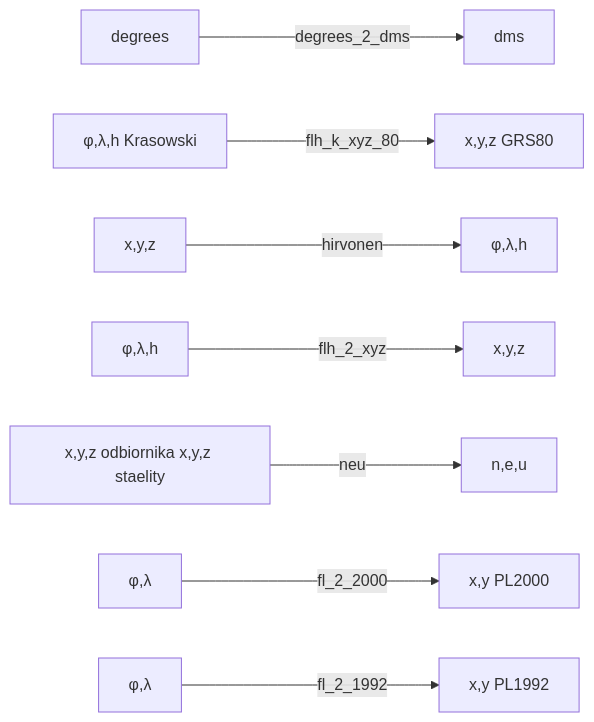
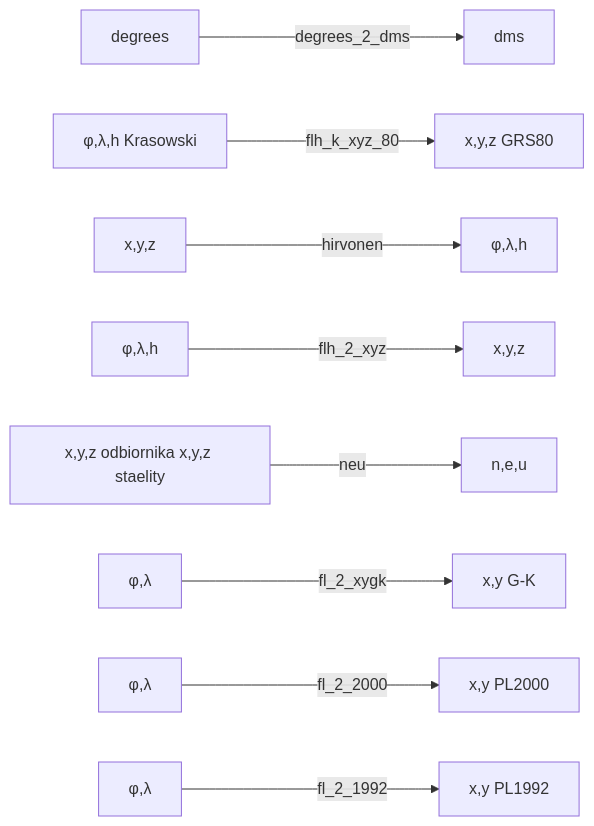
The diagram in README.md (Votum1103/ProjektTransformacje), drawn with Mermaid before and after one commit. The commit also changed other lines of this file, not shown here.

Commit message:
Dodano opis funkcji fl_2_xygk

````diff
--- a/README.md
+++ b/README.md
@@ -12,10 +12,11 @@
 ```mermaid
 graph LR
 A[degrees] -->|degrees_2_dms| B[dms]
 C[φ,λ,h Krasowski] -->|flh_k_xyz_80| D[x,y,z GRS80]
-G[x,y,z] -->|hirvonen| H[φ,λ,h]
-I[φ,λ,h] -->|flh_2_xyz| J[x,y,z]
-K[x,y,z odbiornika x,y,z staelity] -->|neu| L[n,e,u]
+E[x,y,z] -->|hirvonen| F[φ,λ,h]
+G[φ,λ,h] -->|flh_2_xyz| H[x,y,z]
+I[x,y,z odbiornika x,y,z staelity] -->|neu| J[n,e,u]
+K[φ,λ] -->|fl_2_xygk| L[x,y G-K]
 M[φ,λ] -->|fl_2_2000| N[x,y PL2000]
 O[φ,λ] -->|fl_2_1992| P[x,y PL1992]
 ```
````
